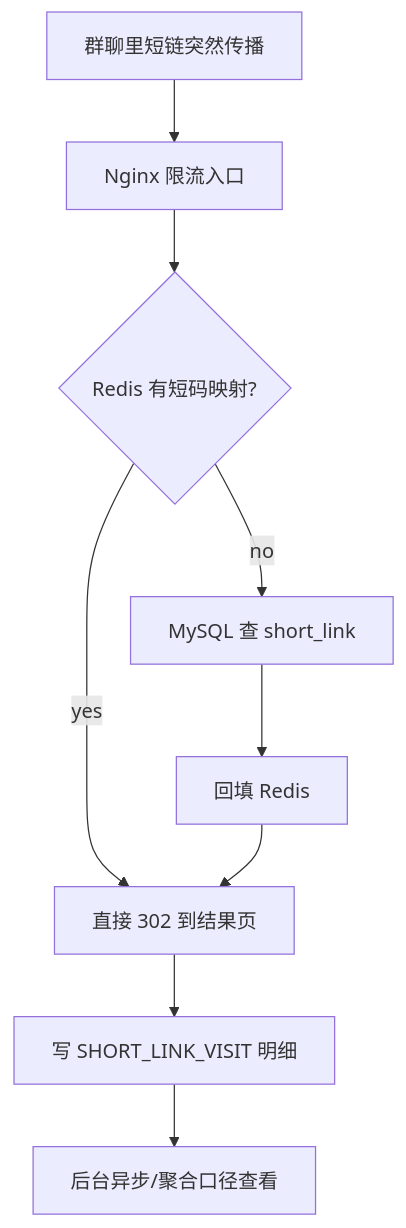
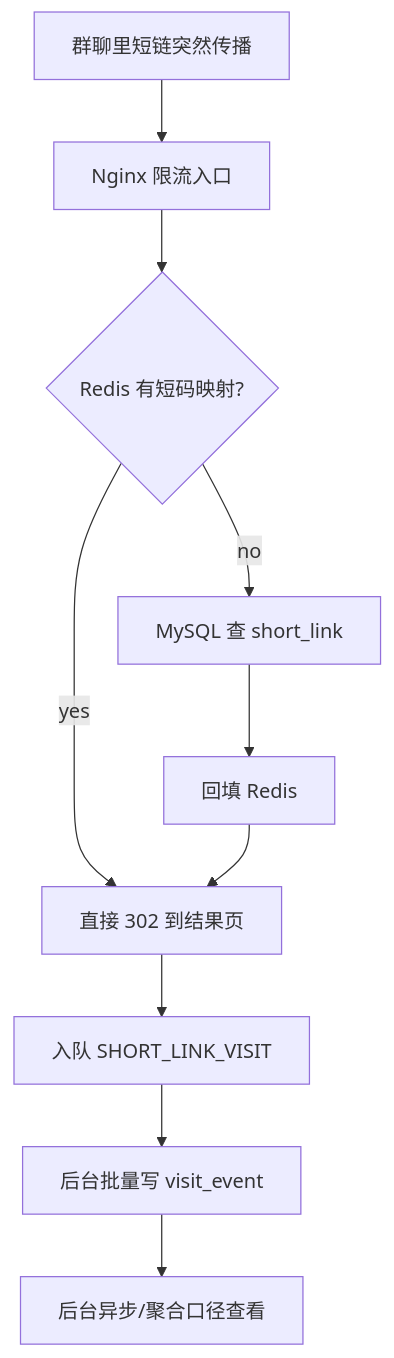
The seventh of 10 diagrams in docs/interview-learning-manual.md (Oliver1205/wuxing-persona-card), drawn with Mermaid before and after one commit. The commit also changed other lines of this file and 5 other files, not shown here.

````diff
--- a/docs/interview-learning-manual.md
+++ b/docs/interview-learning-manual.md
@@ -244,11 +246,12 @@
 ```mermaid
 flowchart TB
   Share["群聊里短链突然传播"] --> Nginx["Nginx 限流入口"]
   Nginx --> Cache{"Redis 有短码映射?"}
   Cache -- yes --> Redirect["直接 302 到结果页"]
   Cache -- no --> DB["MySQL 查 short_link"]
   DB --> Fill["回填 Redis"]
   Fill --> Redirect
-  Redirect --> Event["写 SHORT_LINK_VISIT 明细"]
-  Event --> Admin["后台异步/聚合口径查看"]
+  Redirect --> Event["入队 SHORT_LINK_VISIT"]
+  Event --> Batch["后台批量写 visit_event"]
+  Batch --> Admin["后台异步/聚合口径查看"]
 ```
````
